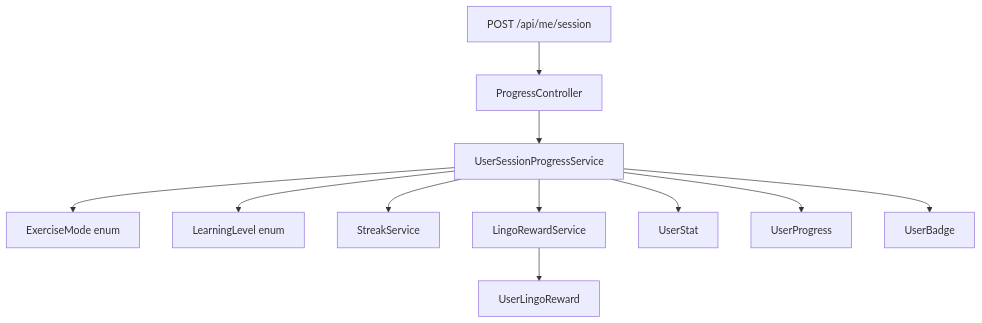
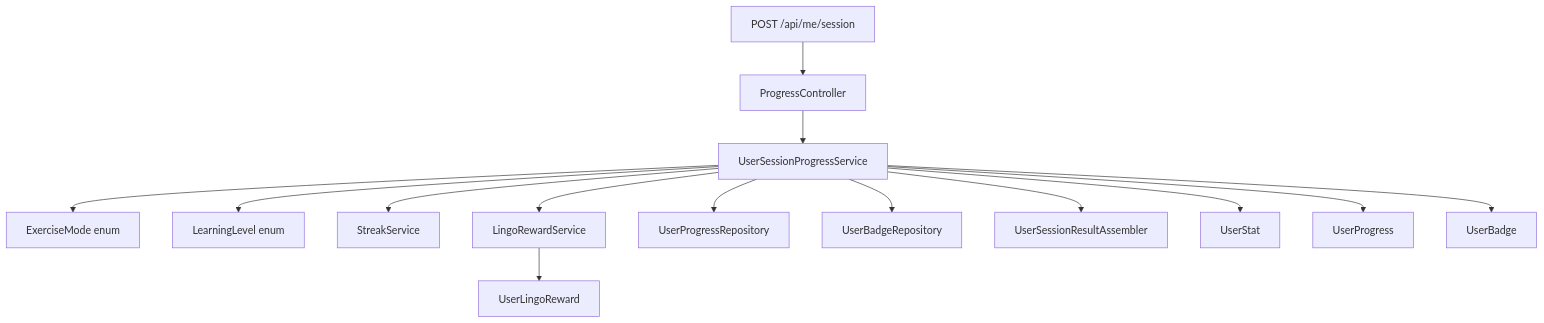
Before and after one commit to Adrien75-lab/espaFacil: the second of 3 diagrams in .claude/skills/linguafacil/references/architecture.md, drawn with Mermaid. The commit also changed other lines of this file and 11 other files, not shown here.

````diff
--- a/.claude/skills/linguafacil/references/architecture.md
+++ b/.claude/skills/linguafacil/references/architecture.md
@@ -127,13 +137,16 @@
 ```mermaid
 flowchart TD
     ApiSession["POST /api/me/session"] --> ProgressController["ProgressController"]
     ProgressController --> SessionService["UserSessionProgressService"]
     SessionService --> ExerciseMode["ExerciseMode enum"]
     SessionService --> LearningLevel["LearningLevel enum"]
     SessionService --> StreakService["StreakService"]
     SessionService --> LingoService["LingoRewardService"]
+    SessionService --> ProgressRepo["UserProgressRepository"]
+    SessionService --> BadgeRepo["UserBadgeRepository"]
+    SessionService --> ResultAssembler["UserSessionResultAssembler"]
     SessionService --> UserStat["UserStat"]
     SessionService --> UserProgress["UserProgress"]
     SessionService --> UserBadge["UserBadge"]
     LingoService --> UserLingoReward["UserLingoReward"]
 ```
````
